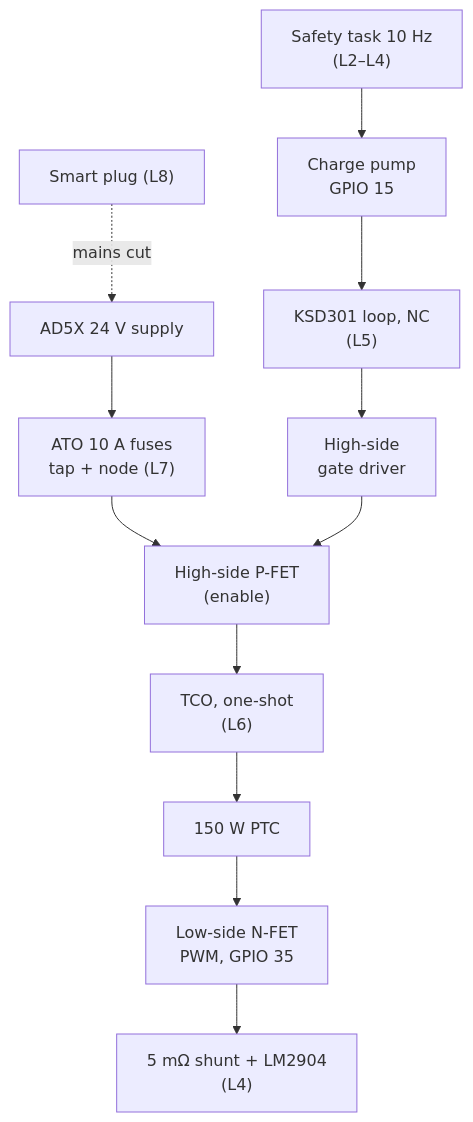
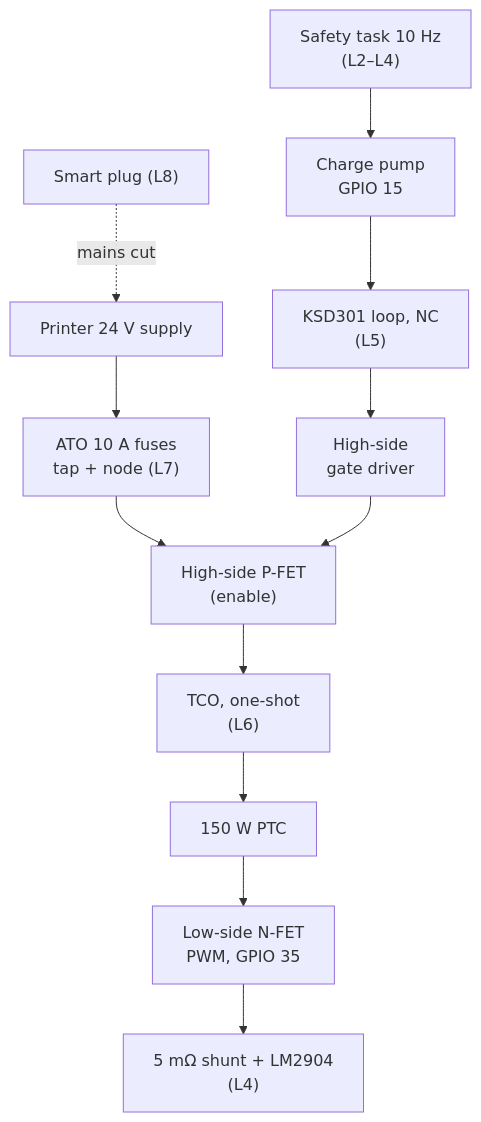
The first of 7 diagrams in docs/05_safety_and_failsafes.md (BashfulBits/3dp-fleet-exhaust), drawn with Mermaid before and after one commit. The commit also changed other lines of this file and 40 other files, not shown here.

````diff
--- a/docs/05_safety_and_failsafes.md
+++ b/docs/05_safety_and_failsafes.md
@@ -48,14 +48,14 @@
 ```mermaid
 flowchart TB
-  PLUG["Smart plug (L8)"] -.->|"mains cut"| PSU["AD5X 24 V supply"]
+  PLUG["Smart plug (L8)"] -.->|"mains cut"| PSU["Printer 24 V supply"]
   PSU --> F["ATO 10 A fuses<br>tap + node (L7)"]
   F --> HS["High-side P-FET<br>(enable)"]
   HS --> TCO["TCO, one-shot<br>(L6)"]
   TCO --> PTC["150 W PTC"]
   PTC --> LS["Low-side N-FET<br>PWM, GPIO 35"]
   LS --> SH["5 mΩ shunt + LM2904<br>(L4)"]
   ST["Safety task 10 Hz<br>(L2–L4)"] --> CP["Charge pump<br>GPIO 15"]
   CP --> KSD["KSD301 loop, NC<br>(L5)"]
   KSD --> GD["High-side<br>gate driver"]
   GD --> HS
 ```
````
